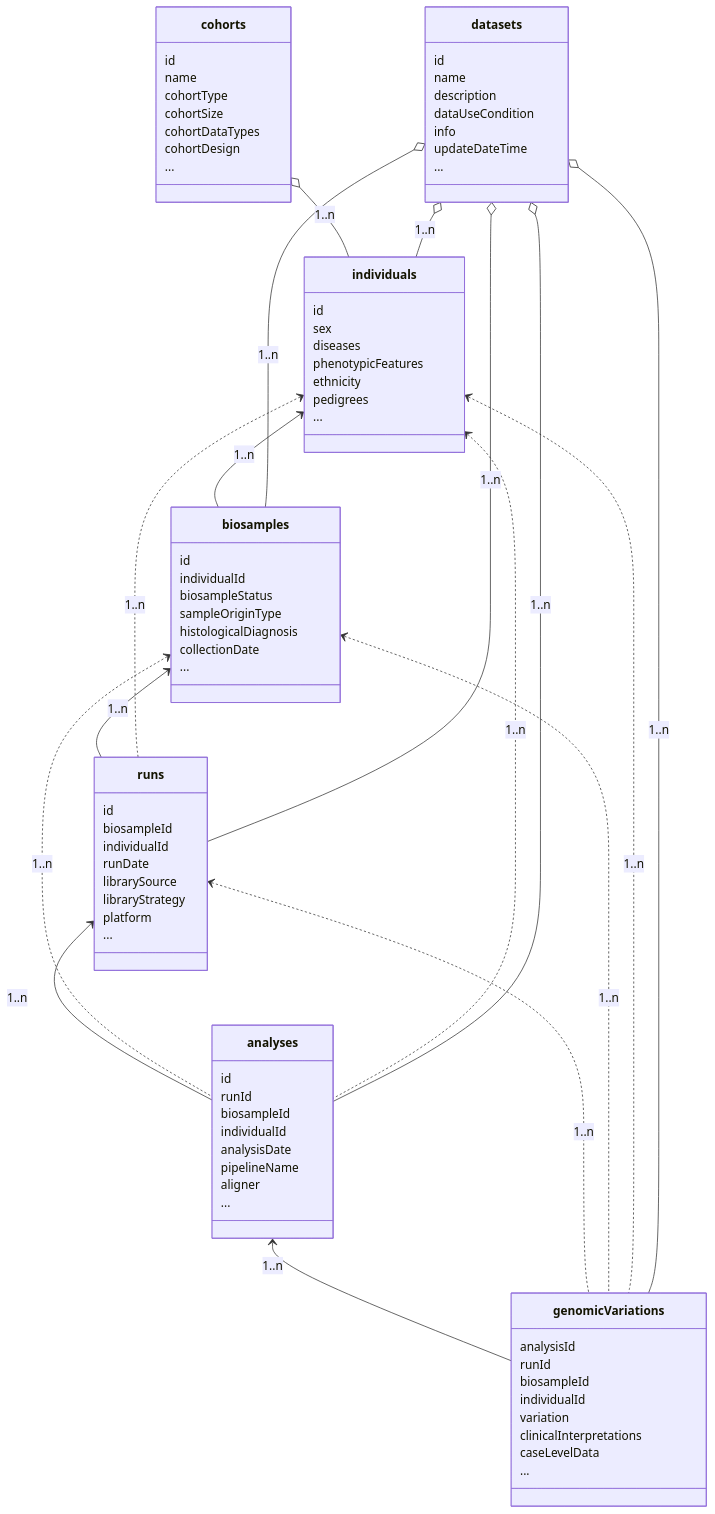
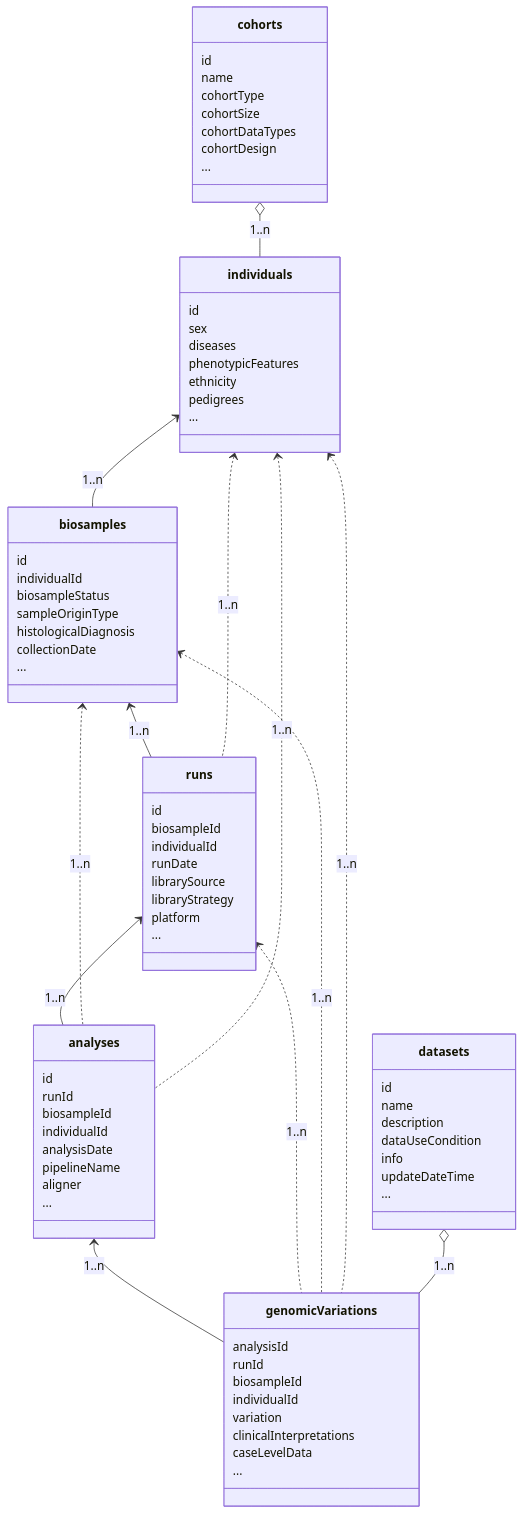
One commit to ga4gh-beacon/beacon-v2 changed the diagram in docs/models.md. Above: the diagram before and after it, drawn with Mermaid.

Commit message:
Update models.md
... for #17

```diff
--- a/docs/models.md
+++ b/docs/models.md
@@ -45,10 +50,6 @@
 
     cohorts o-- individuals : 1..n
     datasets o-- genomicVariations : 1..n
-    datasets o-- runs : 1..n
-    datasets o-- analyses : 1..n
-    datasets o-- biosamples : 1..n
-    datasets o-- individuals : 1..n
 
     class genomicVariations{
         analysisId
```
